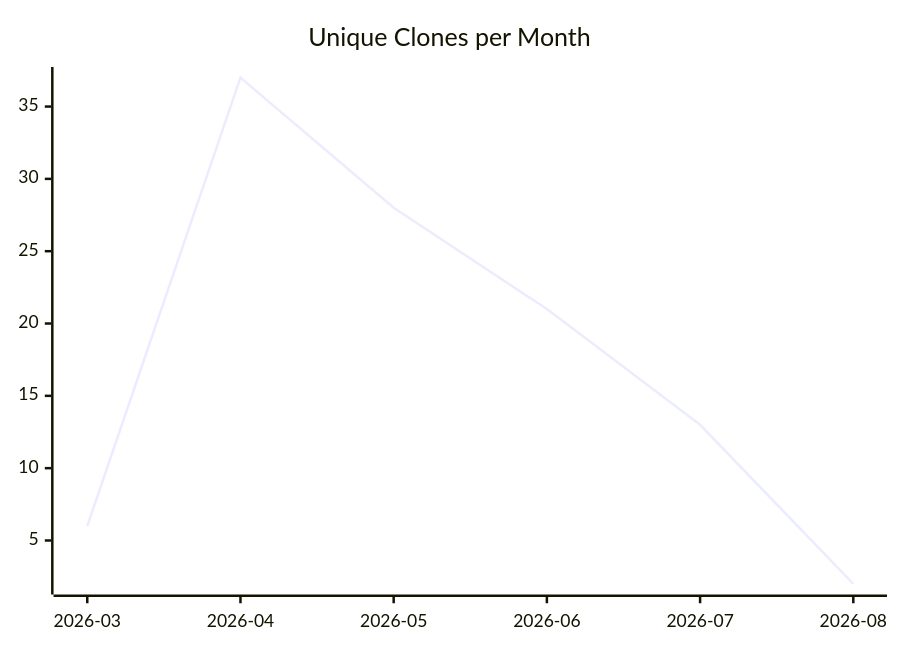
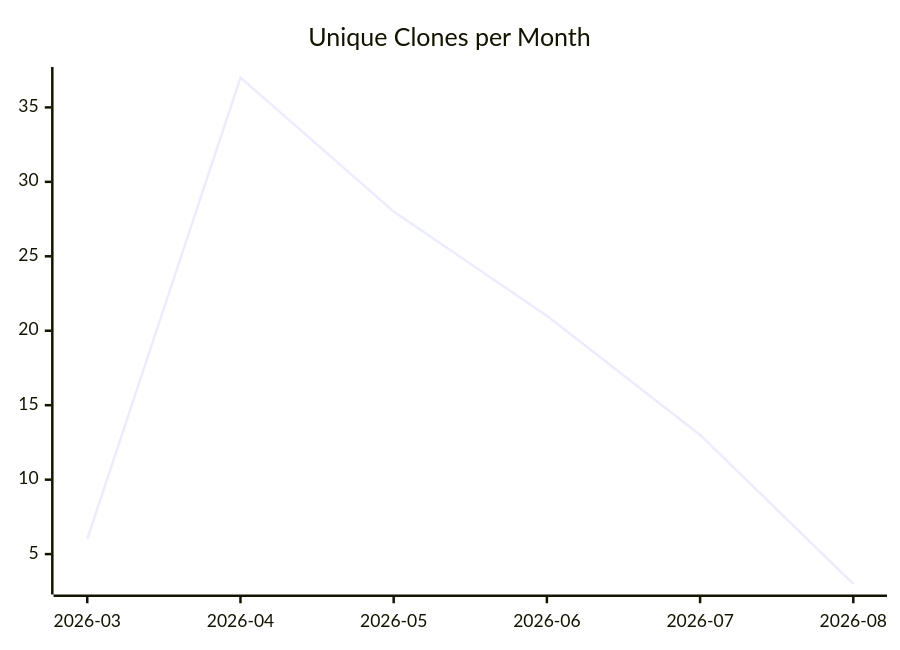
The third of 3 diagrams in karlmdavis/ansible-role-jenkins2/README.md (justdavis-family/github-analytics-data), drawn with Mermaid before and after one commit. The commit also changed other lines of this file and 190 other files, not shown here.

````diff
--- a/karlmdavis/ansible-role-jenkins2/README.md
+++ b/karlmdavis/ansible-role-jenkins2/README.md
@@ -19,6 +19,6 @@
 ```mermaid
 xychart-beta
   title "Unique Clones per Month"
   x-axis ["2026-03", "2026-04", "2026-05", "2026-06", "2026-07", "2026-08"]
-  line [6, 37, 28, 21, 13, 2]
+  line [6, 37, 28, 21, 13, 3]
 ```
````
